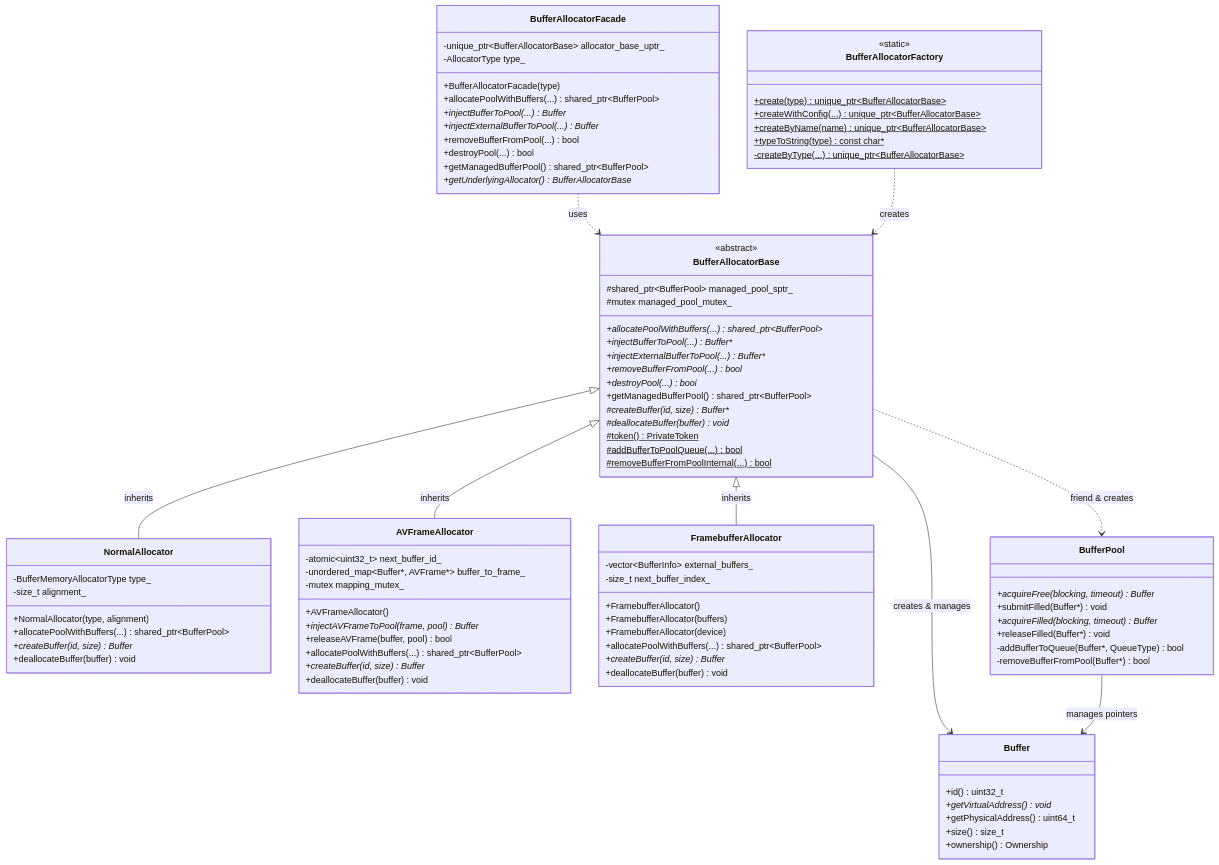
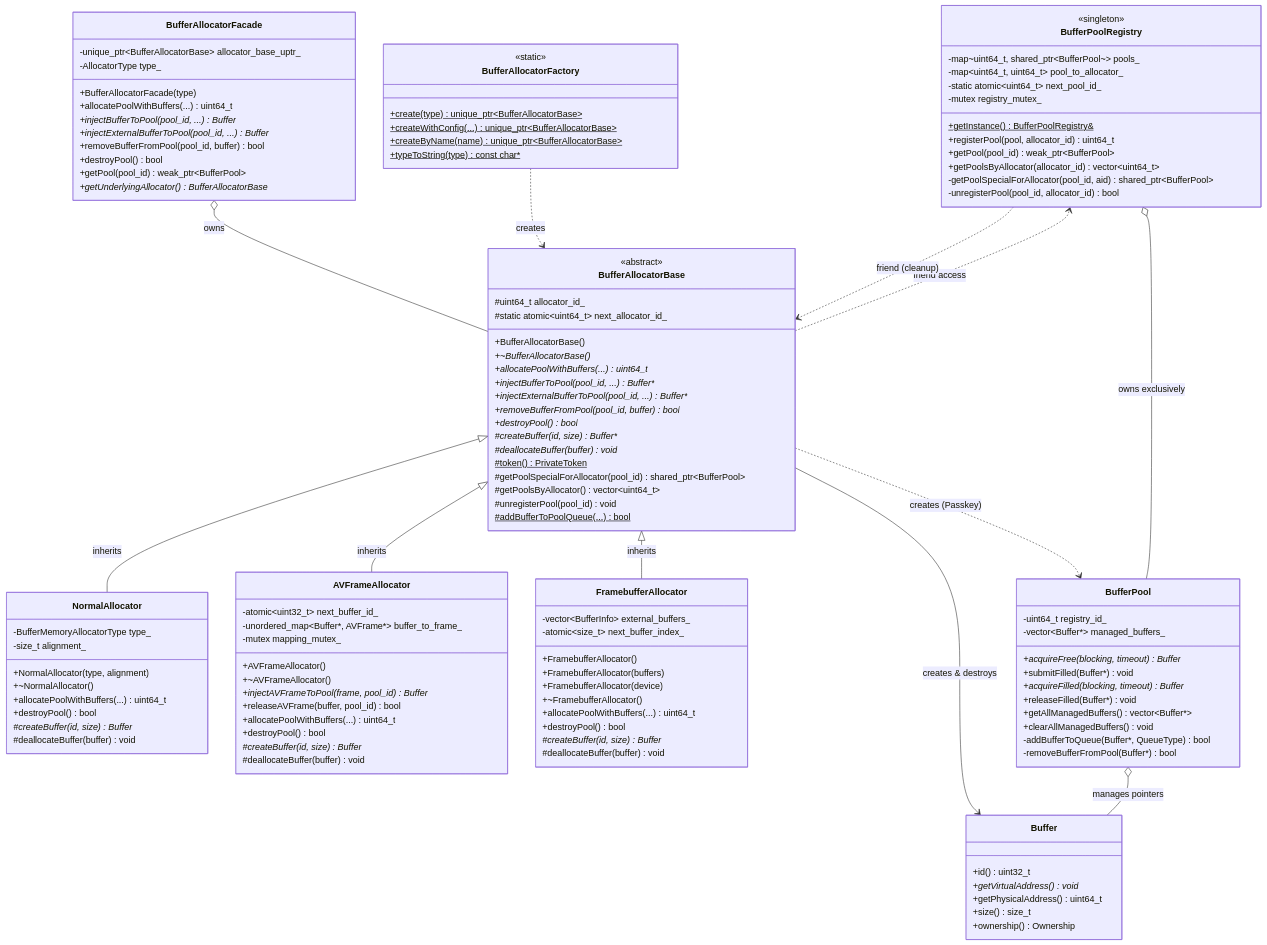
Before and after one commit to luoxiafeng-1990/components: the first of 5 diagrams in include/buffer/allocator/Allocator-subsystem-architecture.md, drawn with Mermaid. The commit also changed other lines of this file and 14 other files, not shown here.

````diff
--- a/include/buffer/allocator/Allocator-subsystem-architecture.md
+++ b/include/buffer/allocator/Allocator-subsystem-architecture.md
@@ -762,31 +967,51 @@
 ```mermaid
 classDiagram
-    %% ========== 抽象基类 ==========
+    %% ========== v2.0 核心：Registry（单例） ==========
+    class BufferPoolRegistry {
+        <<singleton>>
+        -map~uint64_t, shared_ptr~BufferPool~~ pools_
+        -map~uint64_t, uint64_t~ pool_to_allocator_
+        -static atomic~uint64_t~ next_pool_id_
+        -mutex registry_mutex_
+        +getInstance()$ BufferPoolRegistry&
+        +registerPool(pool, allocator_id) uint64_t
+        +getPool(pool_id) weak_ptr~BufferPool~
+        +getPoolsByAllocator(allocator_id) vector~uint64_t~
+        -getPoolSpecialForAllocator(pool_id, aid) shared_ptr~BufferPool~
+        -unregisterPool(pool_id, allocator_id) bool
+    }
+    
+    %% ========== 抽象基类（v2.0） ==========
     class BufferAllocatorBase {
         <<abstract>>
-        #shared_ptr~BufferPool~ managed_pool_sptr_
-        #mutex managed_pool_mutex_
-        +allocatePoolWithBuffers(...)* shared_ptr~BufferPool~
-        +injectBufferToPool(...)* Buffer*
-        +injectExternalBufferToPool(...)* Buffer*
-        +removeBufferFromPool(...)* bool
-        +destroyPool(...)* bool
-        +getManagedBufferPool() shared_ptr~BufferPool~
+        #uint64_t allocator_id_
+        #static atomic~uint64_t~ next_allocator_id_
+        +BufferAllocatorBase()
+        +~BufferAllocatorBase()*
+        +allocatePoolWithBuffers(...)* uint64_t
+        +injectBufferToPool(pool_id, ...)* Buffer*
+        +injectExternalBufferToPool(pool_id, ...)* Buffer*
+        +removeBufferFromPool(pool_id, buffer)* bool
+        +destroyPool()* bool
         #createBuffer(id, size)* Buffer*
         #deallocateBuffer(buffer)* void
         #token()$ PrivateToken
+        #getPoolSpecialForAllocator(pool_id) shared_ptr~BufferPool~
+        #getPoolsByAllocator() vector~uint64_t~
+        #unregisterPool(pool_id) void
         #addBufferToPoolQueue(...)$ bool
-        #removeBufferFromPoolInternal(...)$ bool
     }
     
-    %% ========== 实现类 ==========
+    %% ========== 实现类（v2.0） ==========
     class NormalAllocator {
         -BufferMemoryAllocatorType type_
         -size_t alignment_
         +NormalAllocator(type, alignment)
-        +allocatePoolWithBuffers(...) shared_ptr~BufferPool~
-        +createBuffer(id, size) Buffer*
-        +deallocateBuffer(buffer) void
+        +~NormalAllocator()
+        +allocatePoolWithBuffers(...) uint64_t
+        +destroyPool() bool
+        #createBuffer(id, size) Buffer*
+        #deallocateBuffer(buffer) void
     }
     
     class AVFrameAllocator {
@@ -794,35 +1019,39 @@
         -unordered_map~Buffer*, AVFrame*~ buffer_to_frame_
         -mutex mapping_mutex_
         +AVFrameAllocator()
-        +injectAVFrameToPool(frame, pool) Buffer*
-        +releaseAVFrame(buffer, pool) bool
-        +allocatePoolWithBuffers(...) shared_ptr~BufferPool~
-        +createBuffer(id, size) Buffer*
-        +deallocateBuffer(buffer) void
+        +~AVFrameAllocator()
+        +injectAVFrameToPool(frame, pool_id) Buffer*
+        +releaseAVFrame(buffer, pool_id) bool
+        +allocatePoolWithBuffers(...) uint64_t
+        +destroyPool() bool
+        #createBuffer(id, size) Buffer*
+        #deallocateBuffer(buffer) void
     }
     
     class FramebufferAllocator {
         -vector~BufferInfo~ external_buffers_
-        -size_t next_buffer_index_
+        -atomic~size_t~ next_buffer_index_
         +FramebufferAllocator()
         +FramebufferAllocator(buffers)
         +FramebufferAllocator(device)
-        +allocatePoolWithBuffers(...) shared_ptr~BufferPool~
-        +createBuffer(id, size) Buffer*
-        +deallocateBuffer(buffer) void
+        +~FramebufferAllocator()
+        +allocatePoolWithBuffers(...) uint64_t
+        +destroyPool() bool
+        #createBuffer(id, size) Buffer*
+        #deallocateBuffer(buffer) void
     }
     
-    %% ========== 门面类 ==========
+    %% ========== 门面类（v2.0） ==========
     class BufferAllocatorFacade {
         -unique_ptr~BufferAllocatorBase~ allocator_base_uptr_
         -AllocatorType type_
         +BufferAllocatorFacade(type)
-        +allocatePoolWithBuffers(...) shared_ptr~BufferPool~
-        +injectBufferToPool(...) Buffer*
-        +injectExternalBufferToPool(...) Buffer*
-        +removeBufferFromPool(...) bool
-        +destroyPool(...) bool
-        +getManagedBufferPool() shared_ptr~BufferPool~
+        +allocatePoolWithBuffers(...) uint64_t
+        +injectBufferToPool(pool_id, ...) Buffer*
+        +injectExternalBufferToPool(pool_id, ...) Buffer*
+        +removeBufferFromPool(pool_id, buffer) bool
+        +destroyPool() bool
+        +getPool(pool_id) weak_ptr~BufferPool~
         +getUnderlyingAllocator() BufferAllocatorBase*
     }
     
@@ -833,15 +1062,18 @@
         +createWithConfig(...)$ unique_ptr~BufferAllocatorBase~
         +createByName(name)$ unique_ptr~BufferAllocatorBase~
         +typeToString(type)$ const char*
-        -createByType(...)$ unique_ptr~BufferAllocatorBase~
     }
     
     %% ========== Buffer子系统 ==========
     class BufferPool {
+        -uint64_t registry_id_
+        -vector~Buffer*~ managed_buffers_
         +acquireFree(blocking, timeout) Buffer*
         +submitFilled(Buffer*) void
         +acquireFilled(blocking, timeout) Buffer*
         +releaseFilled(Buffer*) void
+        +getAllManagedBuffers() vector~Buffer*~
+        +clearAllManagedBuffers() void
         -addBufferToQueue(Buffer*, QueueType) bool
         -removeBufferFromPool(Buffer*) bool
     }
@@ -854,16 +1086,20 @@
         +ownership() Ownership
     }
     
-    %% ========== 关系 ==========
+    %% ========== v2.0关系 ==========
     BufferAllocatorBase <|-- NormalAllocator : inherits
     BufferAllocatorBase <|-- AVFrameAllocator : inherits
     BufferAllocatorBase <|-- FramebufferAllocator : inherits
     
-    BufferAllocatorFacade ..> BufferAllocatorBase : uses
+    BufferAllocatorFacade o-- BufferAllocatorBase : owns
     BufferAllocatorFactory ..> BufferAllocatorBase : creates
     
-    BufferAllocatorBase ..> BufferPool : friend & creates
-    BufferAllocatorBase --> Buffer : creates & manages
+    BufferAllocatorBase ..> BufferPool : creates (Passkey)
+    BufferAllocatorBase ..> BufferPoolRegistry : friend access
+    BufferAllocatorBase --> Buffer : creates & destroys
     
-    BufferPool --> Buffer : manages pointers
+    BufferPoolRegistry o-- BufferPool : owns exclusively
+    BufferPoolRegistry ..> BufferAllocatorBase : friend (cleanup)
+    
+    BufferPool o-- Buffer : manages pointers
 ```
````
